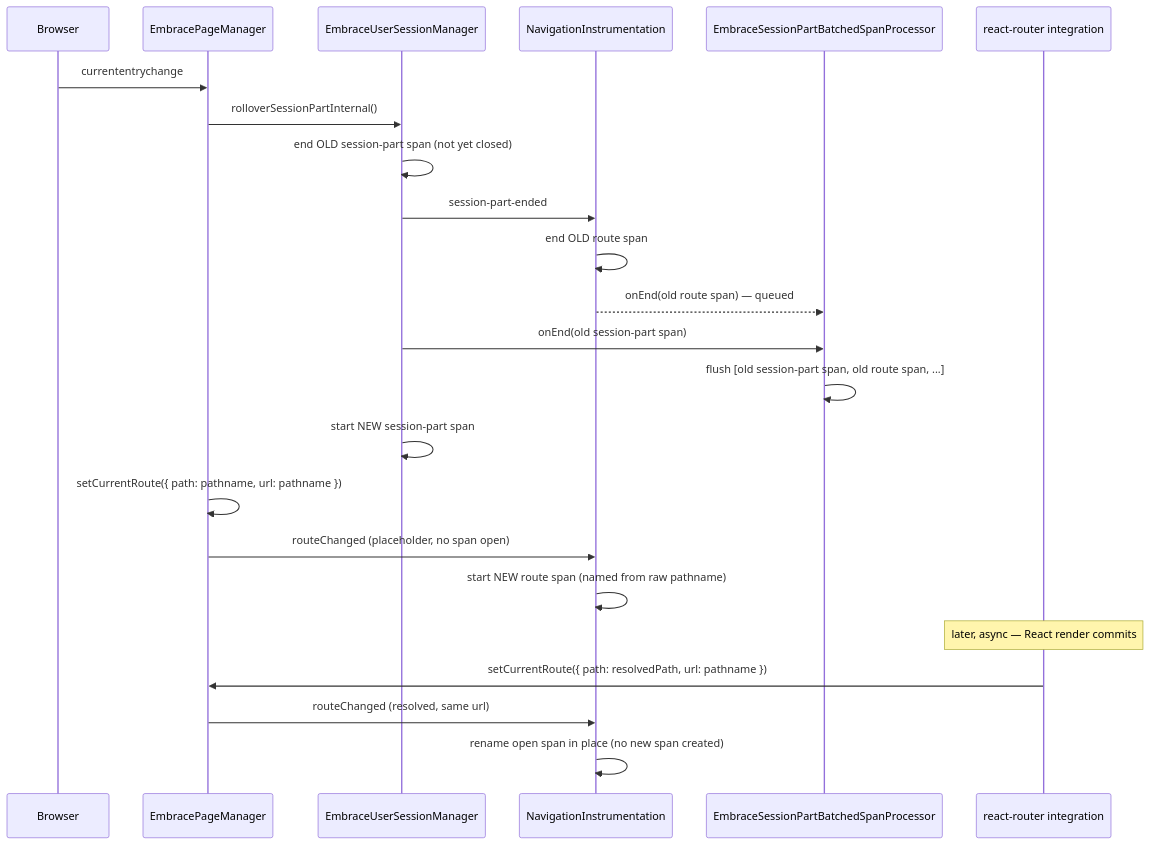
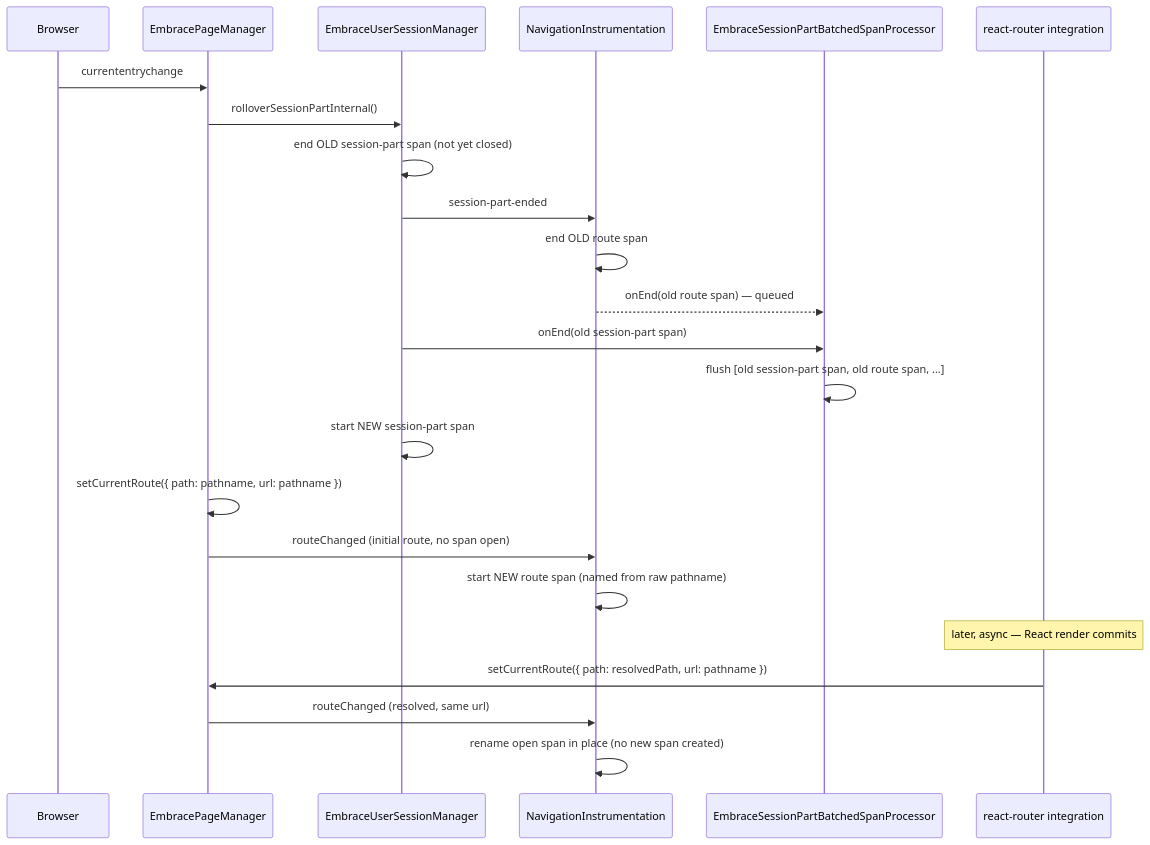
The diagram in packages/web-sdk/src/managers/EmbracePageManager/README.md (embrace-io/embrace-web-sdk), drawn with Mermaid before and after one commit. The commit also changed other lines of this file and 9 other files, not shown here.

Commit message:
fix: ensure the initial route always gets a ux.surface span

````diff
--- a/packages/web-sdk/src/managers/EmbracePageManager/README.md
+++ b/packages/web-sdk/src/managers/EmbracePageManager/README.md
@@ -33,28 +42,28 @@
 ```mermaid
 sequenceDiagram
     participant Browser
     participant PageManager as EmbracePageManager
     participant SessionMgr as EmbraceUserSessionManager
     participant NavInstr as NavigationInstrumentation
     participant Processor as EmbraceSessionPartBatchedSpanProcessor
     participant Router as react-router integration
 
     Browser->>PageManager: currententrychange
     PageManager->>SessionMgr: rolloverSessionPartInternal()
     SessionMgr->>SessionMgr: end OLD session-part span (not yet closed)
     SessionMgr->>NavInstr: session-part-ended
     NavInstr->>NavInstr: end OLD route span
     NavInstr-->>Processor: onEnd(old route span) — queued
     SessionMgr->>Processor: onEnd(old session-part span)
     Processor->>Processor: flush [old session-part span, old route span, ...]
     SessionMgr->>SessionMgr: start NEW session-part span
 
     PageManager->>PageManager: setCurrentRoute({ path: pathname, url: pathname })
-    PageManager->>NavInstr: routeChanged (placeholder, no span open)
+    PageManager->>NavInstr: routeChanged (initial route, no span open)
     NavInstr->>NavInstr: start NEW route span (named from raw pathname)
 
     Note over Router: later, async — React render commits
     Router->>PageManager: setCurrentRoute({ path: resolvedPath, url: pathname })
     PageManager->>NavInstr: routeChanged (resolved, same url)
     NavInstr->>NavInstr: rename open span in place (no new span created)
 ```
````
